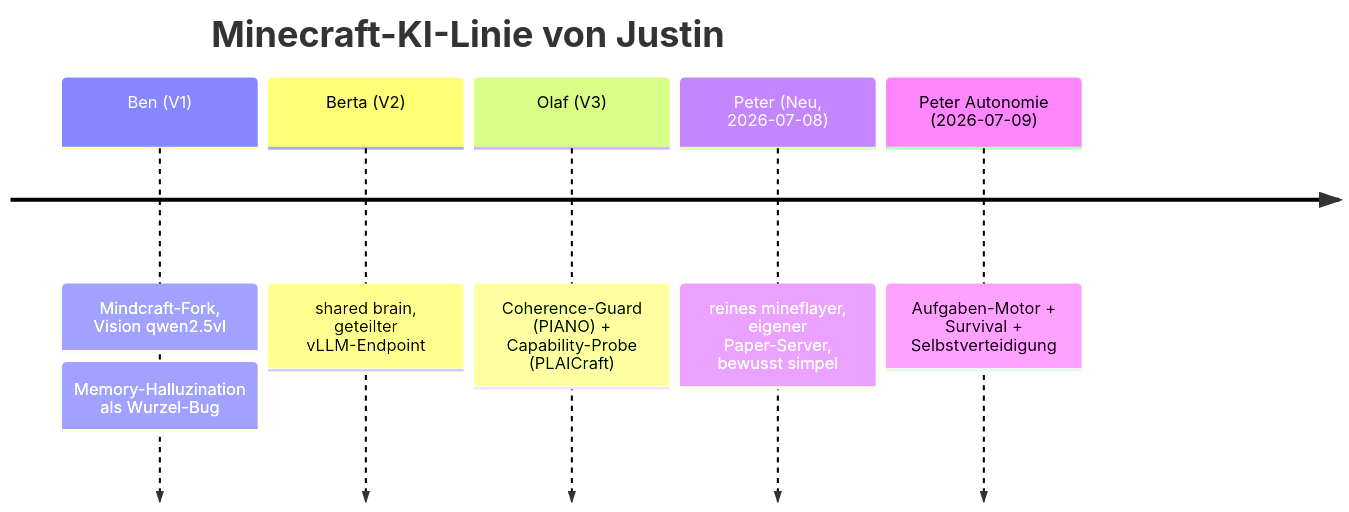
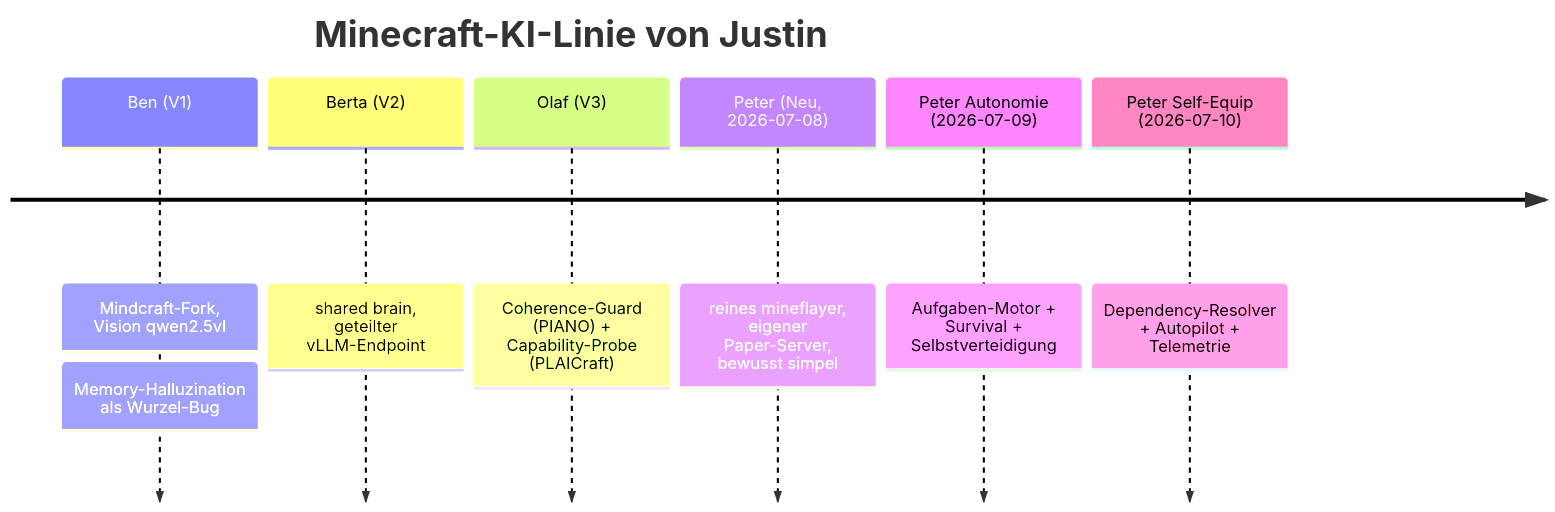
The first of 6 diagrams in 10_projekte/MinecraftAI-Peter-Autonomie.md (Just1n12354/nexus), drawn with Mermaid before and after one commit. The commit also changed other lines of this file, not shown here.

First line of the commit message:
docs(Peter): Self-Equipment-Planner, Autopilot & Telemetrie (2026-07-10)

````diff
--- a/10_projekte/MinecraftAI-Peter-Autonomie.md
+++ b/10_projekte/MinecraftAI-Peter-Autonomie.md
@@ -45,9 +49,10 @@
 ```mermaid
 timeline
     title Minecraft-KI-Linie von Justin
     Ben (V1) : Mindcraft-Fork, Vision qwen2.5vl : Memory-Halluzination als Wurzel-Bug
     Berta (V2) : shared brain, geteilter vLLM-Endpoint
     Olaf (V3) : Coherence-Guard (PIANO) + Capability-Probe (PLAICraft)
     Peter (Neu, 2026-07-08) : reines mineflayer, eigener Paper-Server, bewusst simpel
     Peter Autonomie (2026-07-09) : Aufgaben-Motor + Survival + Selbstverteidigung
+    Peter Self-Equip (2026-07-10) : Dependency-Resolver + Autopilot + Telemetrie
 ```
````
